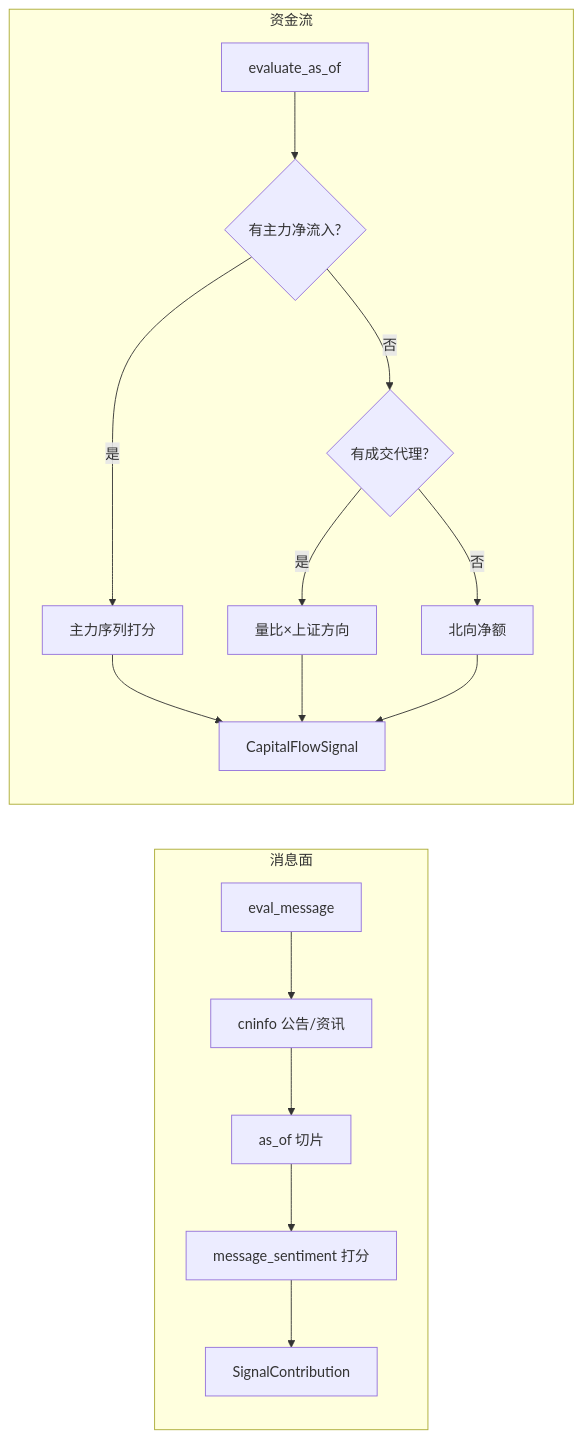
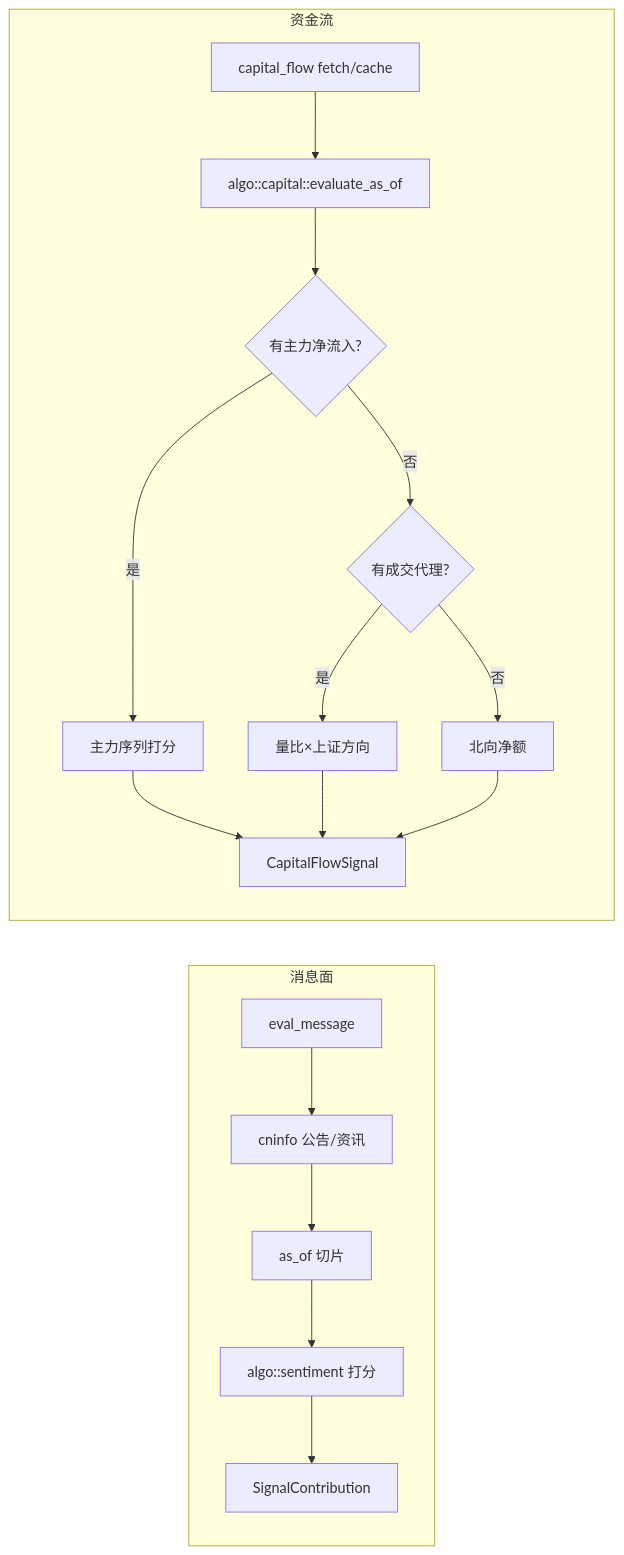
Before and after one commit to wuyanwen1997-wyw/stock-predict: the seventh of 18 diagrams in docs/软件设计说明.md, drawn with Mermaid. The commit also changed other lines of this file and 10 other files, not shown here.

````diff
--- a/docs/软件设计说明.md
+++ b/docs/软件设计说明.md
@@ -284,18 +305,19 @@
 ```mermaid
 flowchart LR
     subgraph 消息面
         M1[eval_message] --> M2[cninfo 公告/资讯]
         M2 --> M3[as_of 切片]
-        M3 --> M4[message_sentiment 打分]
+        M3 --> M4[algo::sentiment 打分]
         M4 --> M5[SignalContribution]
     end
 
     subgraph 资金流
-        C1[evaluate_as_of] --> C2{有主力净流入?}
+        C0[capital_flow fetch/cache] --> C1[algo::capital::evaluate_as_of]
+        C1 --> C2{有主力净流入?}
         C2 -->|是| C3[主力序列打分]
         C2 -->|否| C4{有成交代理?}
         C4 -->|是| C5[量比×上证方向]
         C4 -->|否| C6[北向净额]
         C3 & C5 & C6 --> C7[CapitalFlowSignal]
     end
 ```
````
